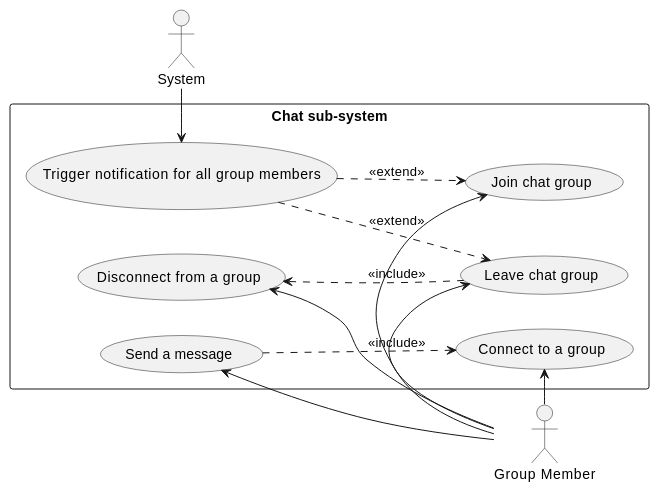
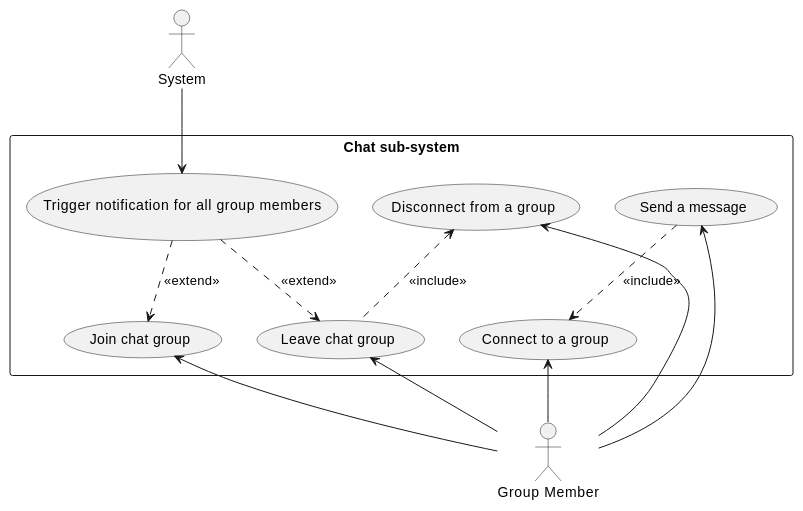
One commit to position-pal/Documentation changed the third of 3 diagrams in content/docs/2-domain-analysis/2-business-requirements.md. Above: the diagram before and after it, drawn with PlantUML. The commit also changed 12 other files, not shown here.

````diff
--- a/content/docs/2-domain-analysis/2-business-requirements.md
+++ b/content/docs/2-domain-analysis/2-business-requirements.md
@@ -351,37 +351,36 @@
 ```plantuml
 @startuml chat-use-cases
-left to right direction
 
 actor "Group Member" as User
 actor "System" as System
 
 rectangle "Chat sub-system" {
     usecase "Join chat group" as UC1
     usecase "Leave chat group" as UC2
     usecase "Send a message" as UC3
     usecase "Connect to a group" as UC4
     usecase "Disconnect from a group" as UC5
 
     usecase "Trigger notification for all group members" as UC6
 
 }
 
-User -down-> UC1
+User -up-> UC1
 UC6 ..> UC1 : <<extend>>
 
 User -up-> UC2
 UC6 ..> UC2 : <<extend>>
 
 User -up-> UC3
 UC3 ..> UC4 : <<include>>
 
-User -left-> UC4
+User -up-> UC4
 
 User -up-> UC5
 UC5 <.. UC2 : <<include>>
 
 
-System -> UC6
+System --> UC6
 
 @enduml
 ```
````
